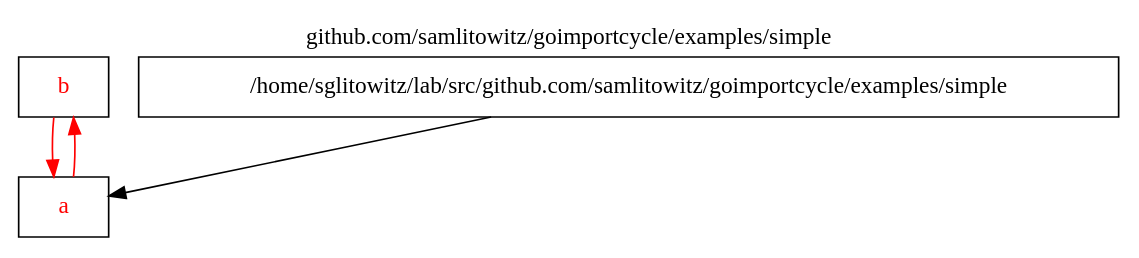
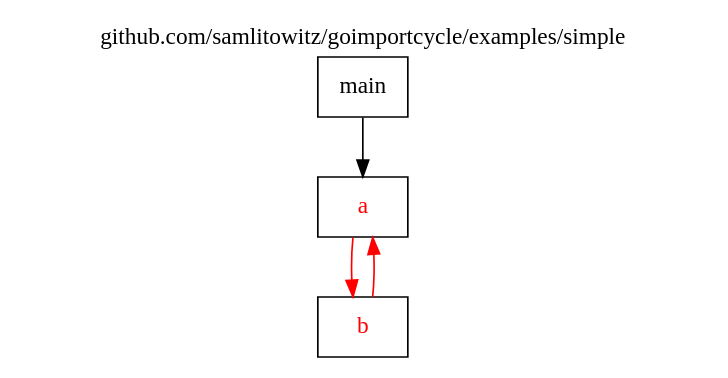
One commit to samlitowitz/goimportcycle changed the diagram in assets/examples/simple/package.dot. Above: the diagram before and after it, drawn with Graphviz. The commit also changed 19 other files, not shown here.

```diff
--- a/assets/examples/simple/package.dot
+++ b/assets/examples/simple/package.dot
@@ -1,14 +1,14 @@
 
 digraph {
 	labelloc="t";
 	label="github.com/samlitowitz/goimportcycle/examples/simple";
 	rankdir="TB";
 	node [shape="rect"];
 
+	pkg_a [label="a", style="filled", fontcolor="#ff0000", fillcolor="#ffffff"];
 	pkg_b [label="b", style="filled", fontcolor="#ff0000", fillcolor="#ffffff"];
-	pkg_main [label="/home/sglitowitz/lab/src/github.com/samlitowitz/goimportcycle/examples/simple", style="filled", fontcolor="#000000", fillcolor="#ffffff"];
-	pkg_a [label="a", style="filled", fontcolor="#ff0000", fillcolor="#ffffff"];
+	pkg_main [label="main", style="filled", fontcolor="#000000", fillcolor="#ffffff"];
+	pkg_a -> pkg_b [color="#ff0000"];
 	pkg_b -> pkg_a [color="#ff0000"];
 	pkg_main -> pkg_a [color="#000000"];
-	pkg_a -> pkg_b [color="#ff0000"];
 }
```
